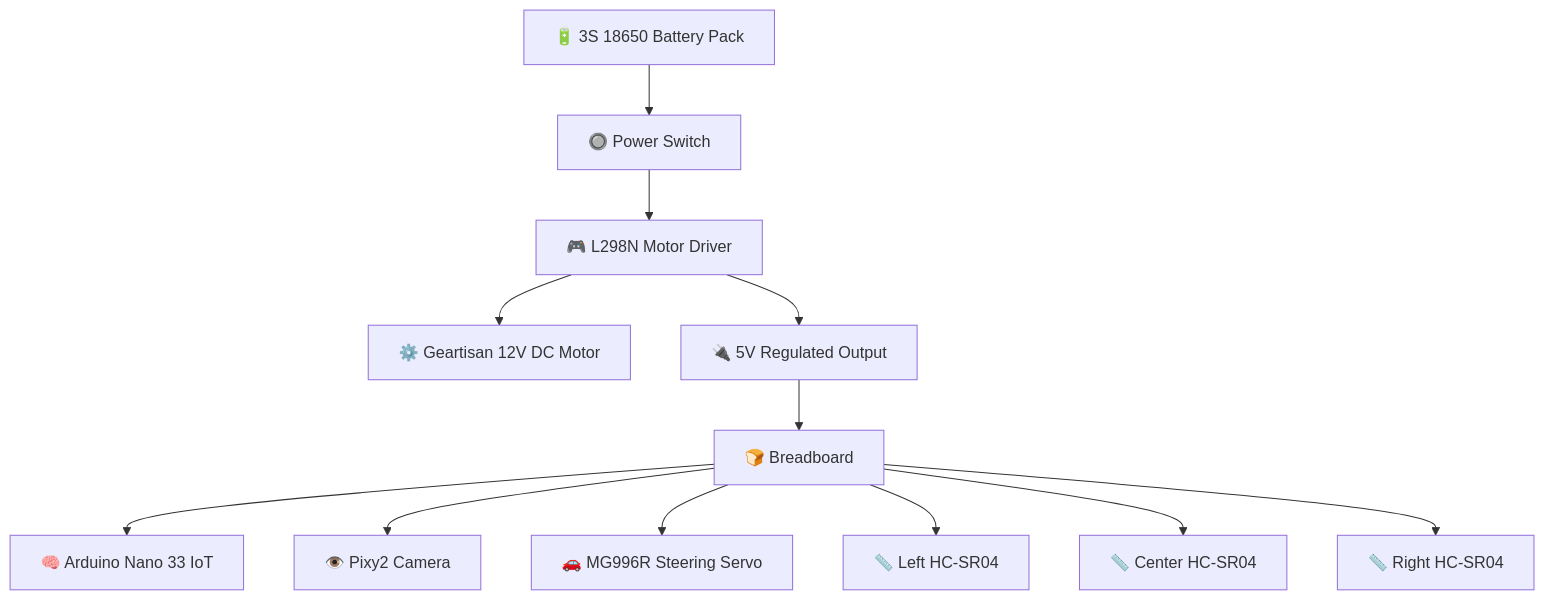
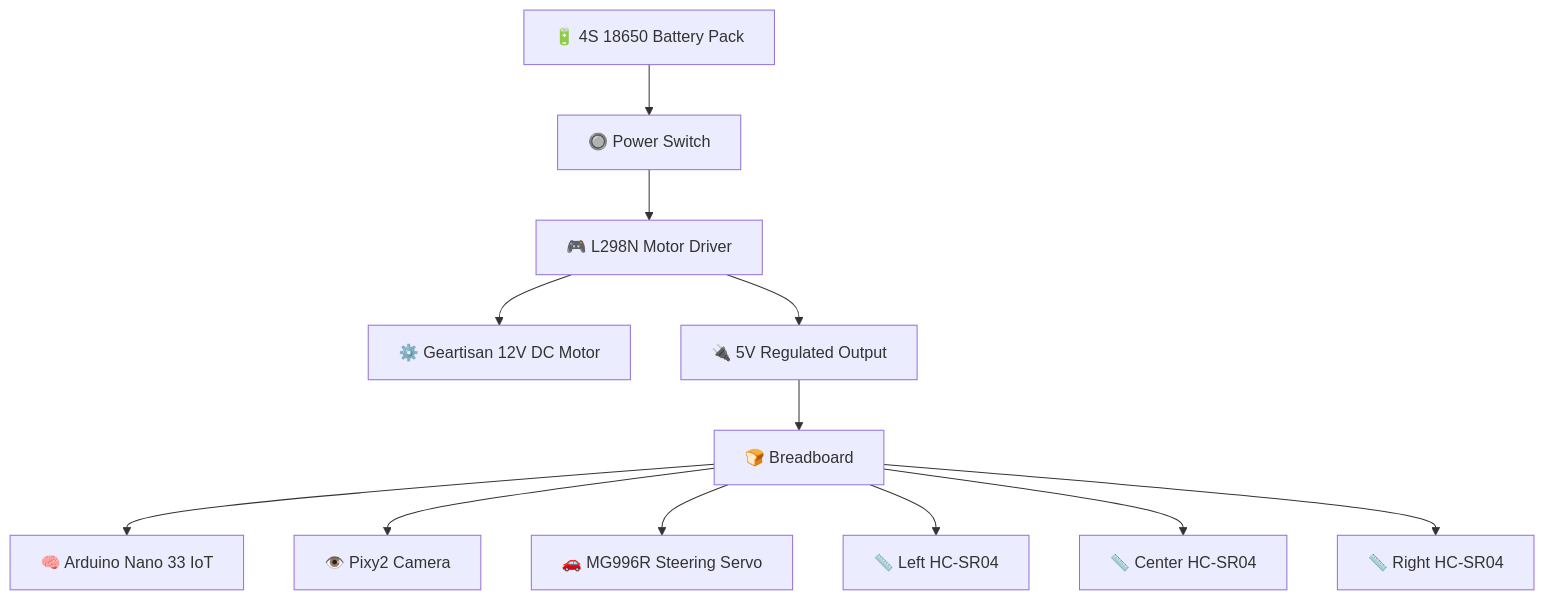
Before and after one commit to x-lui-x-16/CSA-West-Robotics-WRO-FE-2026: the second of 2 diagrams in README.md, drawn with Mermaid. The commit also changed other lines of this file, not shown here.

First line of the commit message:
Change battery pack specification to 4S 18650

````diff
--- a/README.md
+++ b/README.md
@@ -269,17 +269,17 @@
 ```mermaid
 flowchart TD
-    A["🔋 3S 18650 Battery Pack"] --> B["🔘 Power Switch"]
+    A["🔋 4S 18650 Battery Pack"] --> B["🔘 Power Switch"]
     B --> C["🎮 L298N Motor Driver"]
 
     C --> D["⚙️ Geartisan 12V DC Motor"]
     C --> E["🔌 5V Regulated Output"]
 
     E --> F["🍞 Breadboard"]
 
     F --> G["🧠 Arduino Nano 33 IoT"]
     F --> H["👁️ Pixy2 Camera"]
     F --> I["🚗 MG996R Steering Servo"]
     F --> J["📏 Left HC-SR04"]
     F --> K["📏 Center HC-SR04"]
     F --> L["📏 Right HC-SR04"]
 ```
````
